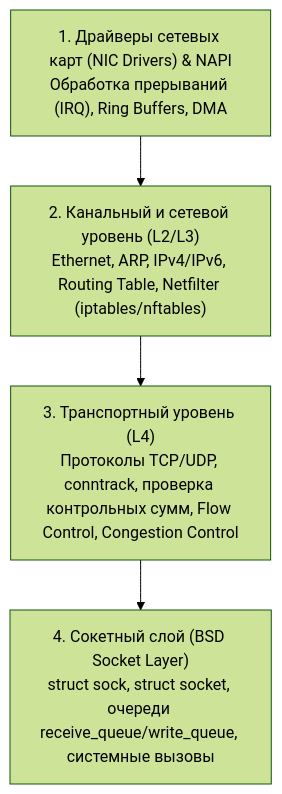
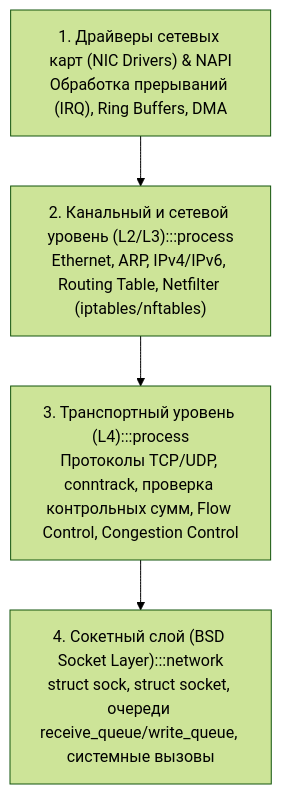
Before and after one commit to UnrealTemplier/go-textbook: the second of 5 diagrams in sources/2. Устройство и работа ОС/47. Сетевая подсистема ОС.md, drawn with Mermaid (forest theme). The commit also changed other lines of this file and 1666 other files, not shown here.

First line of the commit message:
feat(mermaid): add semantic color classDef to 1369 colorless flowchart/graph diagrams

````diff
--- a/sources/2. Устройство и работа ОС/47. Сетевая подсистема ОС.md
+++ b/sources/2. Устройство и работа ОС/47. Сетевая подсистема ОС.md
@@ -55,13 +65,23 @@
 ```mermaid
 flowchart TD
+    classDef process  fill:#1e293b,stroke:#38bdf8,stroke-width:1px,color:#f8fafc
+    classDef success  fill:#064e3b,stroke:#34d399,stroke-width:1px,color:#f8fafc
+    classDef error    fill:#7f1d1d,stroke:#f87171,stroke-width:1px,color:#f8fafc
+    classDef warning  fill:#78350f,stroke:#fbbf24,stroke-width:1px,color:#f8fafc
+    classDef entry    fill:#1e3a5f,stroke:#38bdf8,stroke-width:2px,color:#f8fafc
+    classDef aux      fill:#334155,stroke:#64748b,stroke-width:1px,color:#f8fafc
+    classDef system   fill:#312e81,stroke:#a78bfa,stroke-width:1px,color:#f8fafc
+    classDef data     fill:#132d29,stroke:#2dd4bf,stroke-width:1px,color:#f8fafc
+    classDef network  fill:#881337,stroke:#fb7185,stroke-width:1px,color:#f8fafc
+    classDef accent   fill:#1e1b4b,stroke:#818cf8,stroke-width:1px,color:#f8fafc
     L1["1. Драйверы сетевых карт (NIC Drivers) & NAPI
 Обработка прерываний (IRQ), Ring Buffers, DMA"]
-    L2["2. Канальный и сетевой уровень (L2/L3)
+    L2["2. Канальный и сетевой уровень (L2/L3):::process
 Ethernet, ARP, IPv4/IPv6, Routing Table, Netfilter (iptables/nftables)"]
-    L3["3. Транспортный уровень (L4)
+    L3["3. Транспортный уровень (L4):::process
 Протоколы TCP/UDP, conntrack, проверка контрольных сумм, Flow Control, Congestion Control"]
-    L4["4. Сокетный слой (BSD Socket Layer)
+    L4["4. Сокетный слой (BSD Socket Layer):::network
 struct sock, struct socket, очереди receive_queue/write_queue, системные вызовы"]
     
     L1 --> L2 --> L3 --> L4
 ```
````
